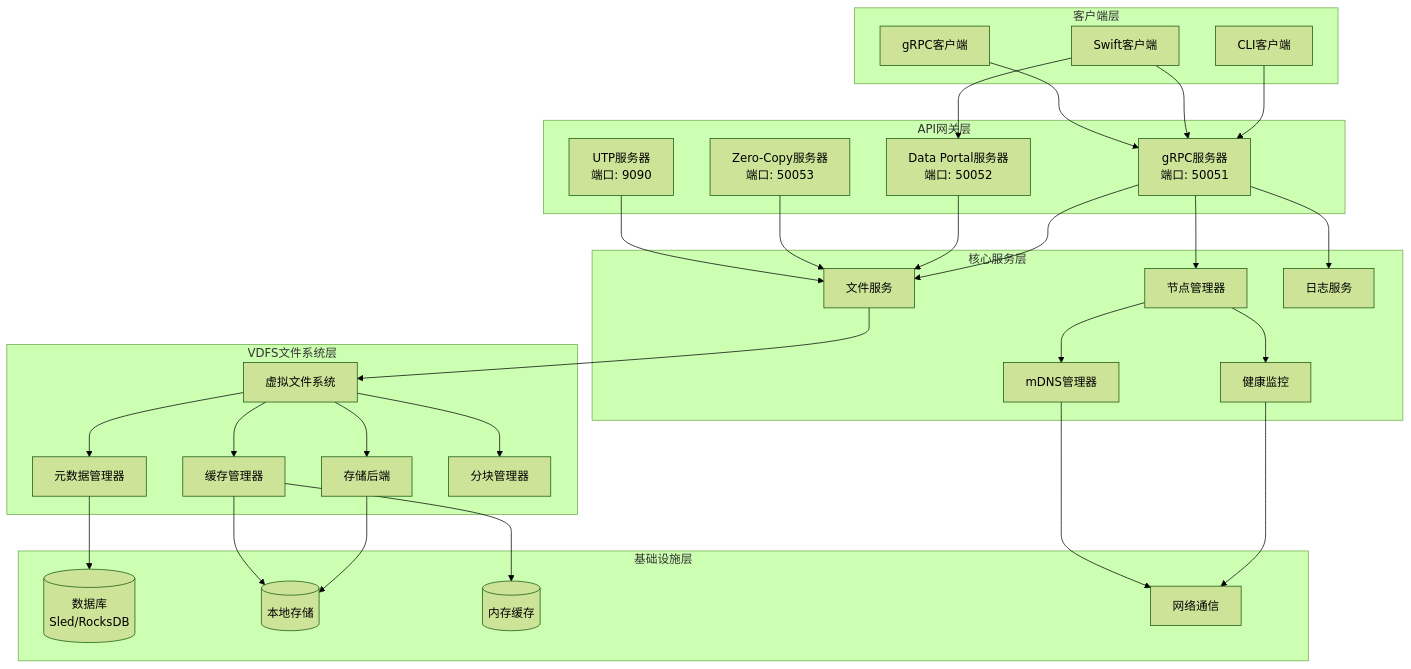
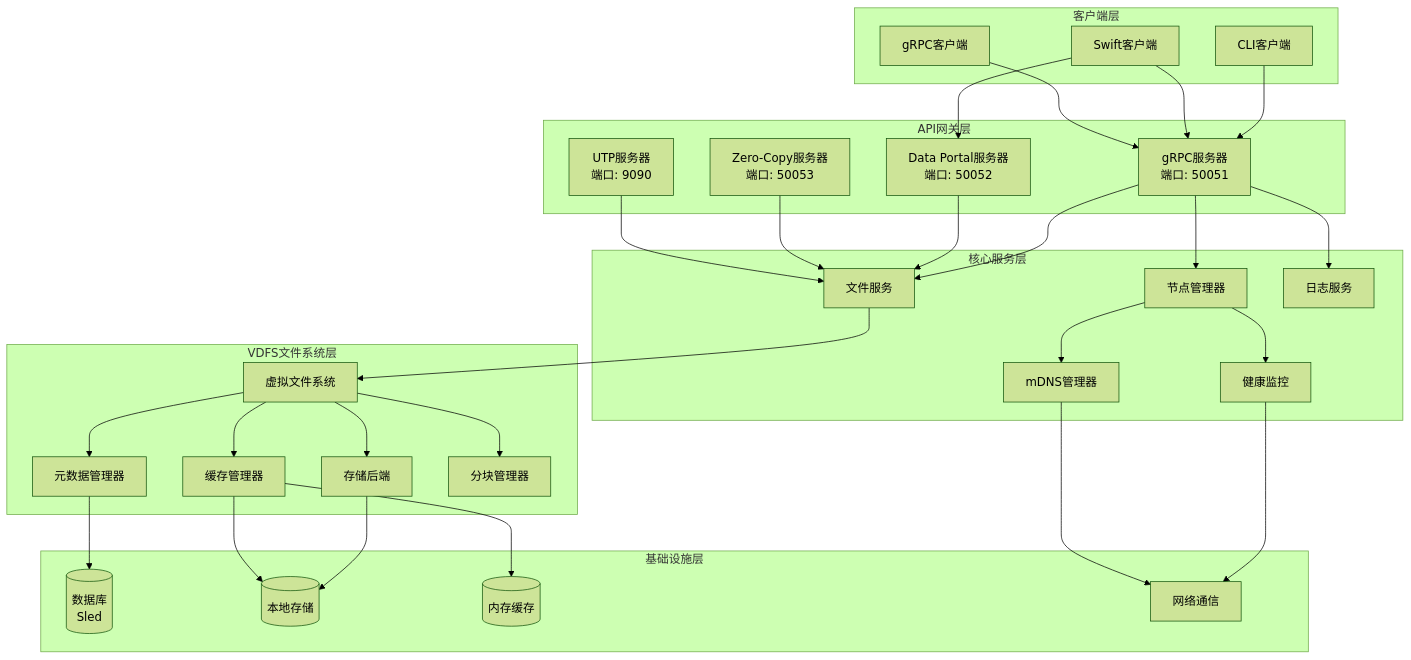
One commit to Gyangu/librorum changed the first of 19 diagrams in docs/CORE_ARCHITECTURE.md. Above: the diagram before and after it, drawn with Mermaid (forest theme). The commit also changed other lines of this file and 4 other files, not shown here.

````diff
--- a/docs/CORE_ARCHITECTURE.md
+++ b/docs/CORE_ARCHITECTURE.md
@@ -24,74 +24,74 @@
 ```mermaid
 graph TB
     %% 客户端层
     subgraph "客户端层"
         CLI[CLI客户端]
         Swift[Swift客户端]
         gRPC_Client[gRPC客户端]
     end
 
     %% API网关层
     subgraph "API网关层"
         gRPC_Server[gRPC服务器<br/>端口: 50051]
         DataPortal_Server[Data Portal服务器<br/>端口: 50052]
         ZeroCopy_Server[Zero-Copy服务器<br/>端口: 50053]
         UTP_Server[UTP服务器<br/>端口: 9090]
     end
 
     %% 服务层
     subgraph "核心服务层"
         NodeManager[节点管理器]
         FileService[文件服务]
         LogService[日志服务]
         HealthMonitor[健康监控]
         MdnsManager[mDNS管理器]
     end
 
     %% 文件系统层
     subgraph "VDFS文件系统层"
         VFS[虚拟文件系统]
         MetadataManager[元数据管理器]
         StorageBackend[存储后端]
         CacheManager[缓存管理器]
         ChunkManager[分块管理器]
     end
 
     %% 基础设施层
     subgraph "基础设施层"
-        Database[(数据库<br/>Sled/RocksDB)]
+        Database[(数据库<br/>Sled)]
         LocalStorage[(本地存储)]
         Memory[(内存缓存)]
         Network[网络通信]
     end
 
     %% 连接关系
     CLI --> gRPC_Server
     Swift --> gRPC_Server
     Swift --> DataPortal_Server
     gRPC_Client --> gRPC_Server
 
     gRPC_Server --> NodeManager
     gRPC_Server --> FileService
     gRPC_Server --> LogService
     
     DataPortal_Server --> FileService
     ZeroCopy_Server --> FileService
     UTP_Server --> FileService
 
     NodeManager --> HealthMonitor
     NodeManager --> MdnsManager
     
     FileService --> VFS
     VFS --> MetadataManager
     VFS --> StorageBackend
     VFS --> CacheManager
     VFS --> ChunkManager
 
     MetadataManager --> Database
     StorageBackend --> LocalStorage
     CacheManager --> Memory
     CacheManager --> LocalStorage
     
     HealthMonitor --> Network
     MdnsManager --> Network
 ```
````
